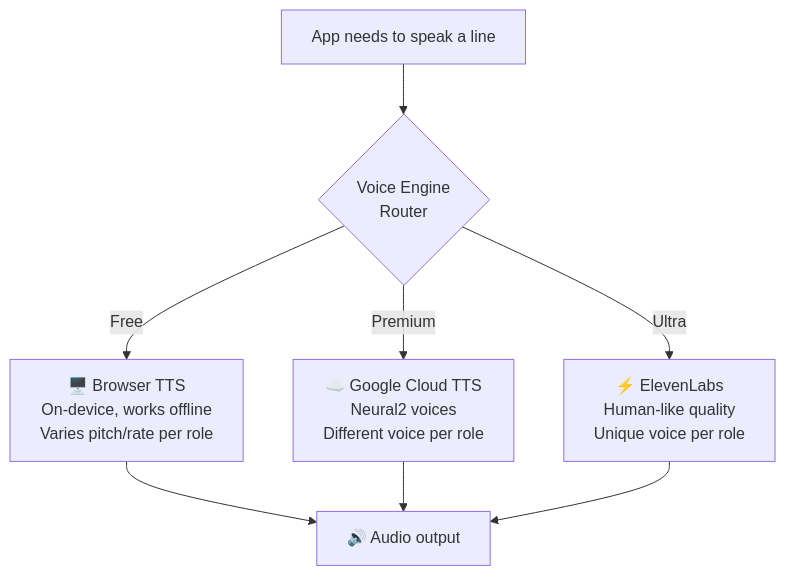
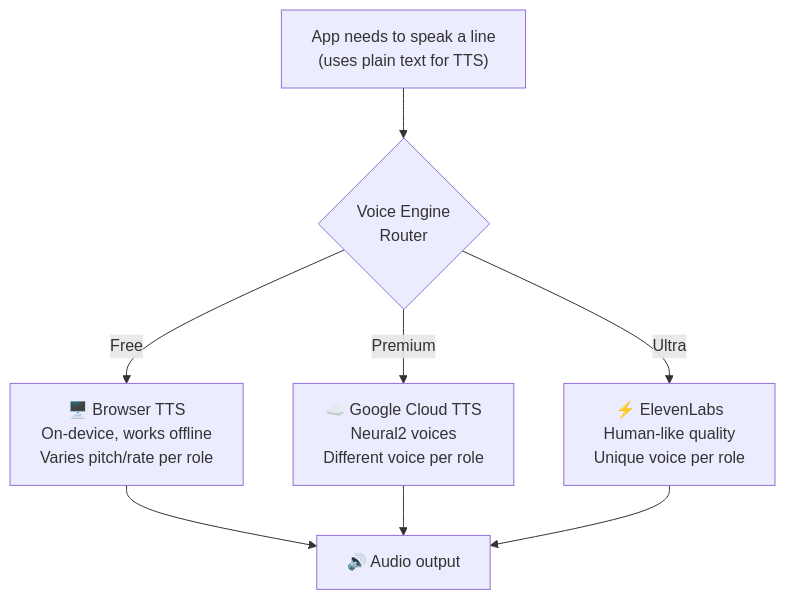
The eighth of 9 diagrams in README.md (mcleods777/Masonic-Ritual-AI-Mentor), drawn with Mermaid before and after one commit. The commit also changed other lines of this file and 4 other files, not shown here.

````diff
--- a/README.md
+++ b/README.md
@@ -120,10 +175,10 @@
 ```mermaid
 flowchart TB
-    Need["App needs to speak a line"] --> Router{"Voice Engine\nRouter"}
+    Need["App needs to speak a line\n(uses plain text for TTS)"] --> Router{"Voice Engine\nRouter"}
     Router -->|"Free"| Browser["🖥️ Browser TTS\nOn-device, works offline\nVaries pitch/rate per role"]
     Router -->|"Premium"| Google["☁️ Google Cloud TTS\nNeural2 voices\nDifferent voice per role"]
     Router -->|"Ultra"| Eleven["⚡ ElevenLabs\nHuman-like quality\nUnique voice per role"]
     Browser --> Audio["🔊 Audio output"]
     Google --> Audio
     Eleven --> Audio
 ```
````
